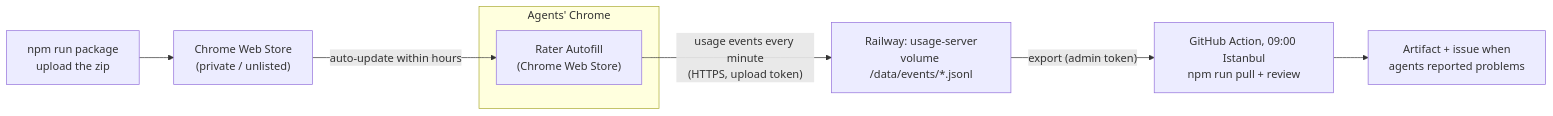
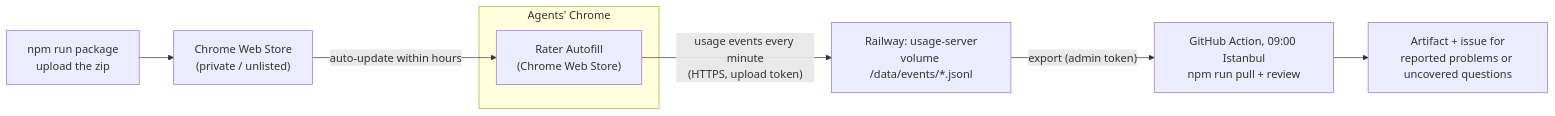
Before and after one commit to lutfikeskin/tni-rater-autofill: the diagram in docs/hosting.md, drawn with Mermaid. The commit also changed other lines of this file and 14 other files, not shown here.

````diff
--- a/docs/hosting.md
+++ b/docs/hosting.md
@@ -3,11 +5,11 @@
 ```mermaid
 flowchart LR
   subgraph Agents["Agents' Chrome"]
     EXT["Rater Autofill<br/>(Chrome Web Store)"]
   end
   DEV["npm run package<br/>upload the zip"] --> CWS["Chrome Web Store<br/>(private / unlisted)"]
   CWS -- "auto-update within hours" --> EXT
   EXT -- "usage events every minute<br/>(HTTPS, upload token)" --> RW["Railway: usage-server<br/>volume /data/events/*.jsonl"]
   RW -- "export (admin token)" --> GH["GitHub Action, 09:00 Istanbul<br/>npm run pull + review"]
-  GH --> OUT["Artifact + issue when<br/>agents reported problems"]
+  GH --> OUT["Artifact + issue for<br/>reported problems or uncovered questions"]
 ```
````
